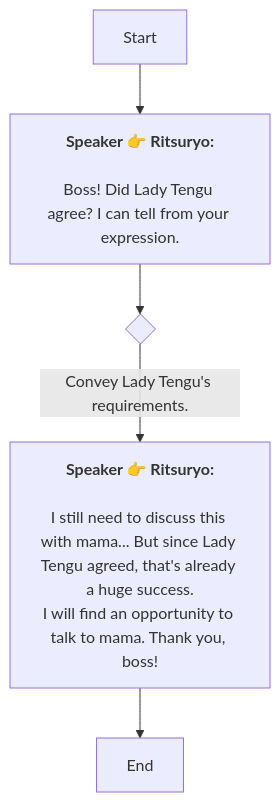
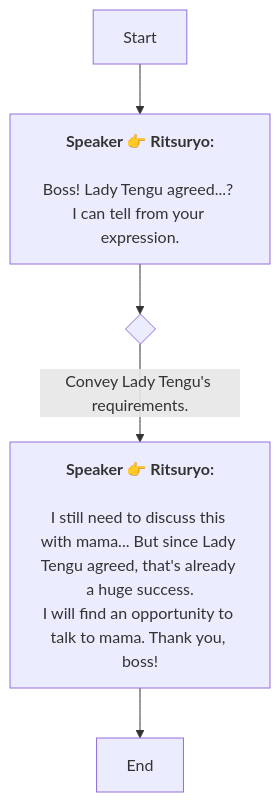
One commit to SoftHu/tos_avg changed the diagram in En/QuestTalkObjectiveNode_1758367008380588.md. Above: the diagram before and after it, drawn with Mermaid. The commit also changed 297 other files, not shown here.

````diff
--- a/En/QuestTalkObjectiveNode_1758367008380588.md
+++ b/En/QuestTalkObjectiveNode_1758367008380588.md
@@ -1,13 +1,13 @@
 ```mermaid
 graph
 Start -->1758367218922159[<b>Speaker 👉 Ritsuryo:</b>
 
-Boss! Did Lady Tengu agree? I can tell from your expression.]
+Boss! Lady Tengu agreed...? I can tell from your expression.]
 1758367218922159 -->1758367237911216{ }
 1758367237911216 -->|Convey Lady Tengu's requirements.|1758367257281203[<b>Speaker 👉 Ritsuryo:</b>
 
 I still need to discuss this with mama... But since Lady Tengu agreed, that's already a huge success.
 I will find an opportunity to talk to mama. Thank you, boss!]
 1758367257281203 -->1758367297307316[End]
 
  ```
````
